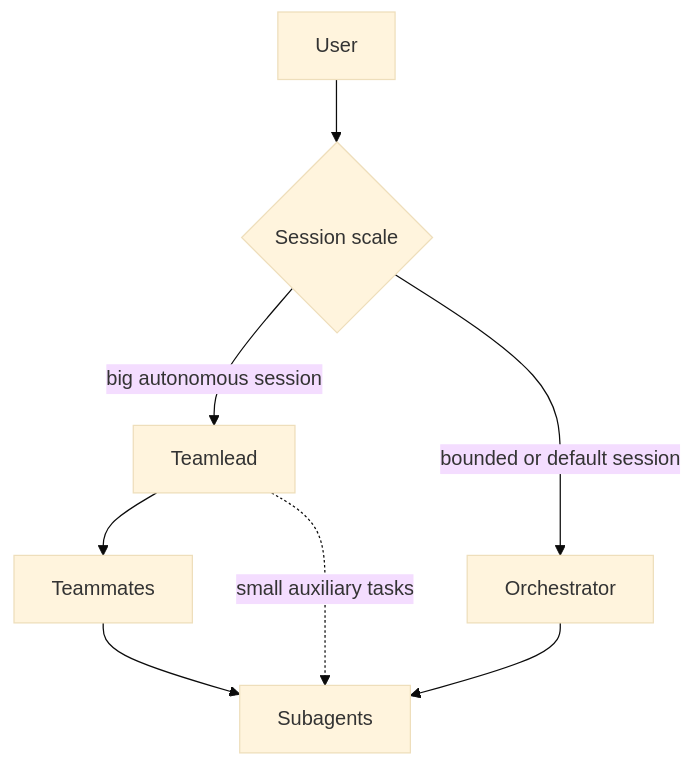
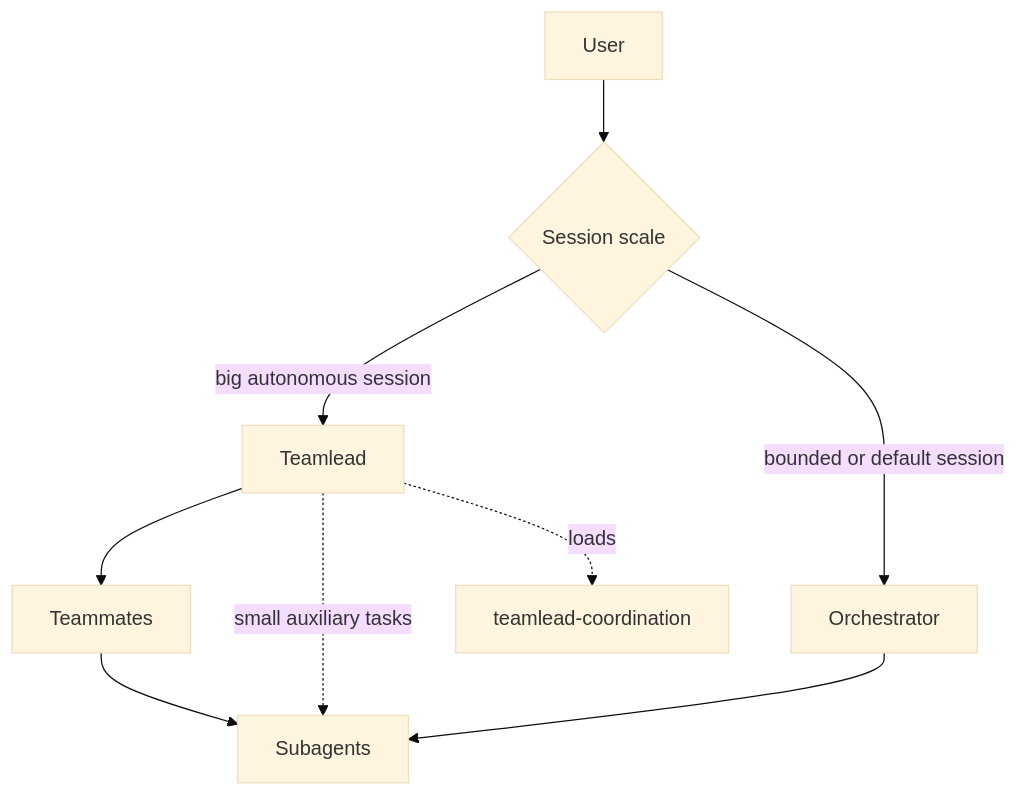
Before and after one commit to quick-brown-foxxx/myai: the second of 2 diagrams in SKILLS-PHILOSOPHY.md, drawn with Mermaid (base theme). The commit also changed other lines of this file and 9 other files, not shown here.

````diff
--- a/SKILLS-PHILOSOPHY.md
+++ b/SKILLS-PHILOSOPHY.md
@@ -115,10 +115,11 @@
 ```mermaid
 flowchart TD
   A[User] --> B{Session scale}
   B -- big autonomous session --> C[Teamlead]
   C --> D[Teammates]
   D --> E[Subagents]
   C -. small auxiliary tasks .-> E
   B -- bounded or default session --> F[Orchestrator]
   F --> E
+  C -. loads .-> TC[teamlead-coordination]
 ```
````
